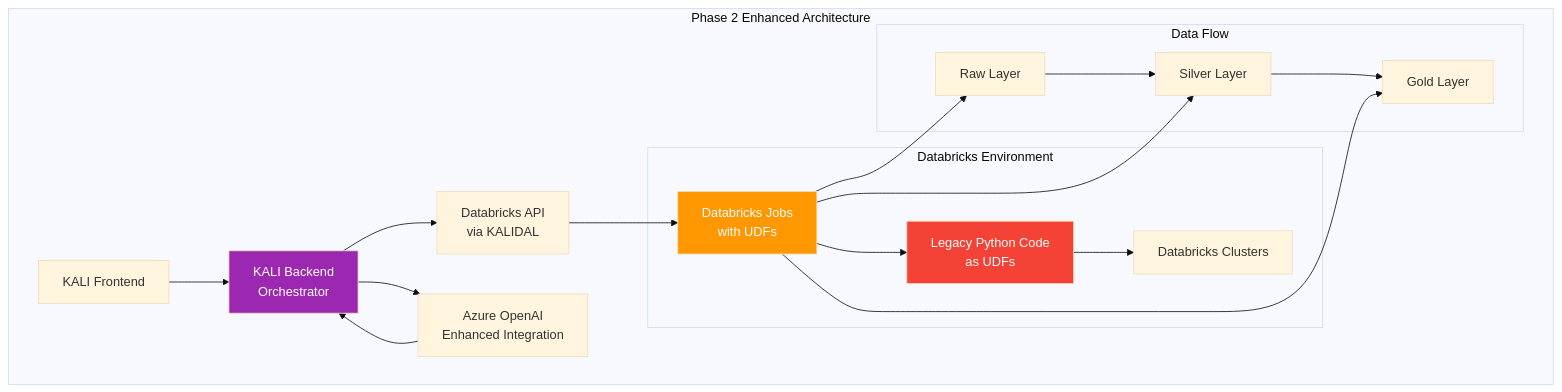
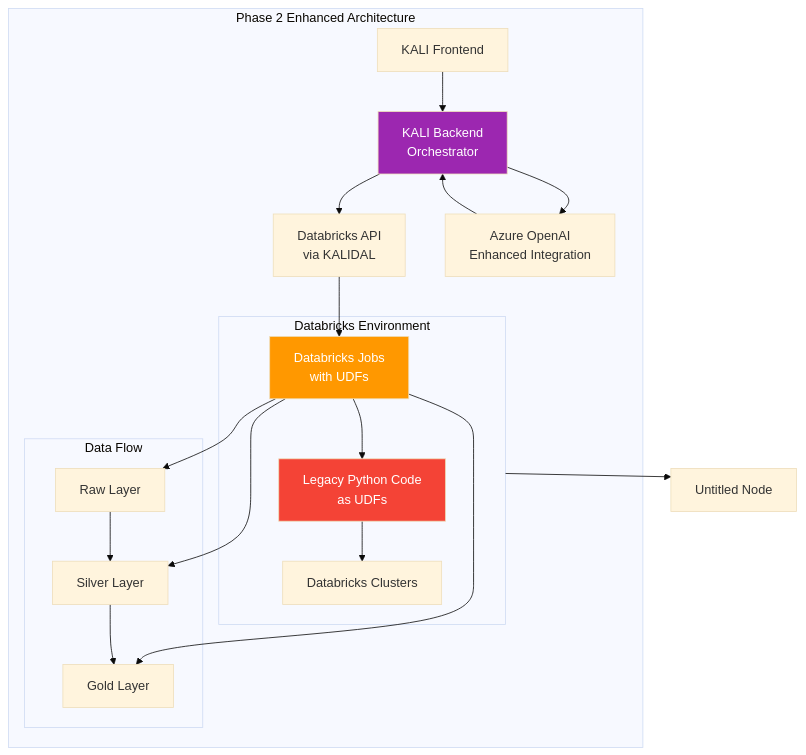
Before and after one commit to digitranslab/dblock: the fourth of 7 diagrams in architecture.md, drawn with Mermaid (base theme). The commit also changed other lines of this file, not shown here.

````diff
--- a/architecture.md
+++ b/architecture.md
@@ -224,30 +227,34 @@
 ```mermaid
 flowchart TB
-    subgraph "Phase 2 Enhanced Architecture"
-        Frontend[KALI Frontend] --> Backend[KALI Backend<br/>Orchestrator]
-        Backend --> DatabricksAPI[Databricks API<br/>via KALIDAL]
-        
-        subgraph "Databricks Environment"
-            Jobs[Databricks Jobs<br/>with UDFs]
-            UDF[Legacy Python Code<br/>as UDFs]
-            Cluster[Databricks Clusters]
-            Jobs --> UDF
-            UDF --> Cluster
-        end
-        
-        subgraph "Data Flow"
-            Raw[Raw Layer] --> Silver[Silver Layer] --> Gold[Gold Layer]
-            Jobs --> Raw
-            Jobs --> Silver
-            Jobs --> Gold
-        end
-        
-        DatabricksAPI --> Jobs
-        Backend --> OpenAI[Azure OpenAI<br/>Enhanced Integration]
-        OpenAI --> Backend
-    end
-    
+ subgraph subGraph0["Databricks Environment"]
+        Jobs["Databricks Jobs<br>with UDFs"]
+        UDF["Legacy Python Code<br>as UDFs"]
+        Cluster["Databricks Clusters"]
+  end
+ subgraph subGraph1["Data Flow"]
+        Gold["Gold Layer"]
+        Silver["Silver Layer"]
+        Raw["Raw Layer"]
+  end
+ subgraph subGraph2["Phase 2 Enhanced Architecture"]
+        Backend["KALI Backend<br>Orchestrator"]
+        Frontend["KALI Frontend"]
+        DatabricksAPI["Databricks API<br>via KALIDAL"]
+        subGraph0
+        subGraph1
+        OpenAI["Azure OpenAI<br>Enhanced Integration"]
+  end
+    Frontend --> Backend
+    Backend --> DatabricksAPI & OpenAI
+    Jobs --> UDF & Raw & Silver & Gold
+    UDF --> Cluster
+    Raw --> Silver
+    Silver --> Gold
+    DatabricksAPI --> Jobs
+    OpenAI --> Backend
+    subGraph0 --> n1["Untitled Node"]
+
+    style Backend fill:#9c27b0,color:#fff
     style Jobs fill:#ff9800,color:#fff
     style UDF fill:#f44336,color:#fff
-    style Backend fill:#9c27b0,color:#fff
 ```
````
